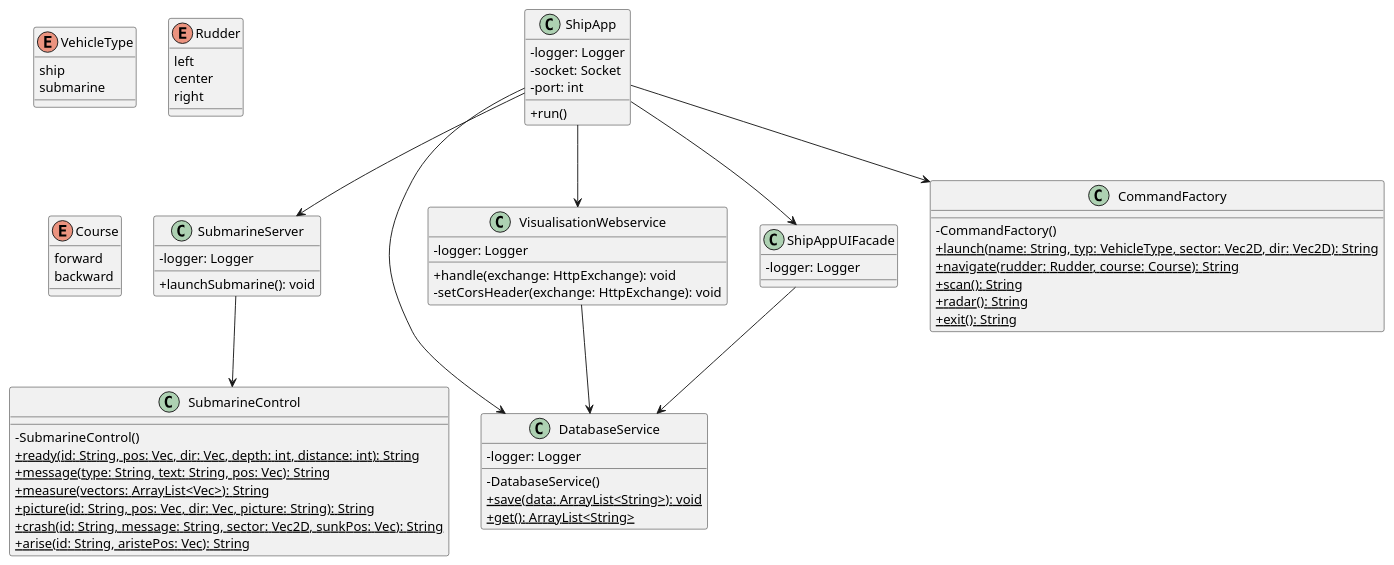
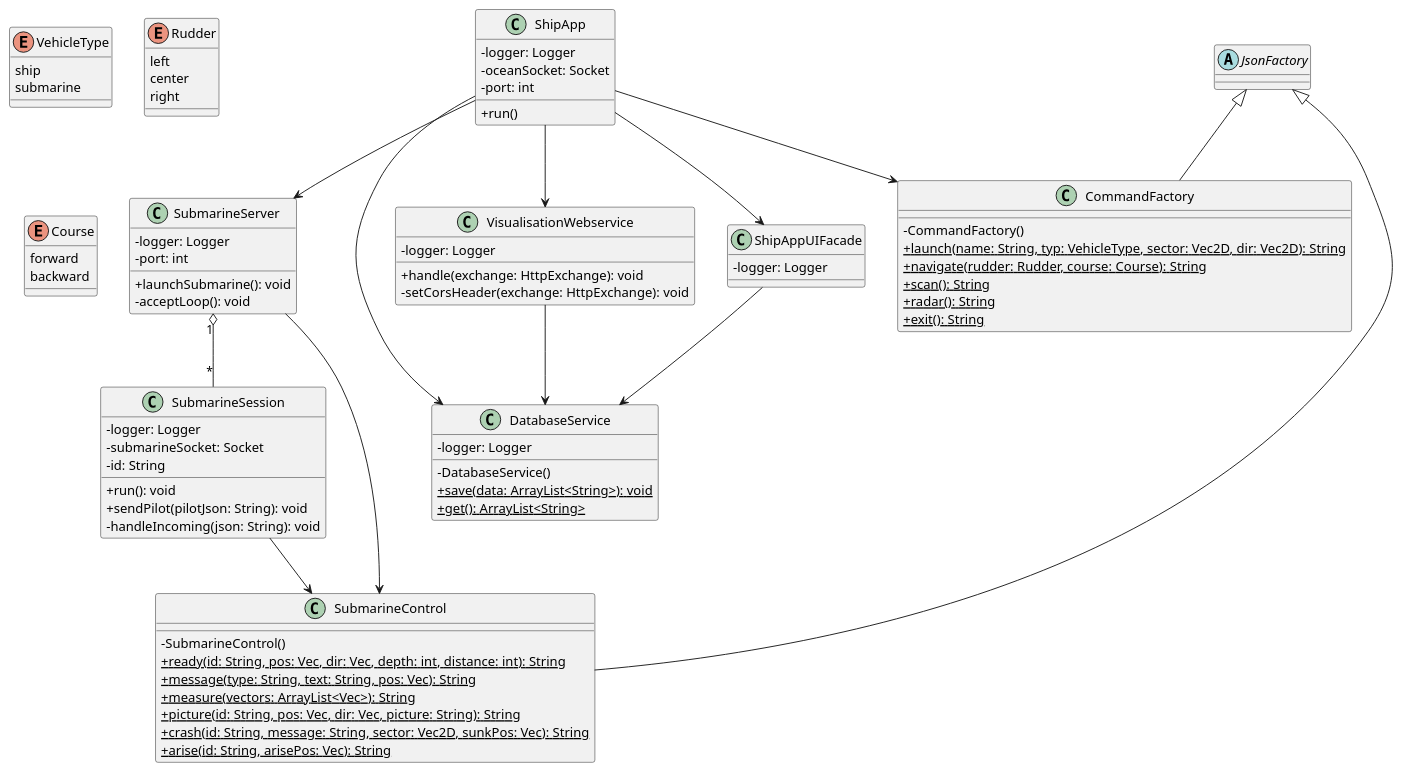
The diagram in docs/uml/shipApp_ClassDiagram.puml (KirioLerny/Schulprojekt-OceanExplorer), drawn with PlantUML before and after one commit.

Commit message:
Anpassung UML-Klassendiagramm

```diff
--- a/docs/uml/shipApp_ClassDiagram.puml
+++ b/docs/uml/shipApp_ClassDiagram.puml
@@ -1,79 +1,101 @@
 @startuml
 skinparam classAttributeIconSize 0
 
+
 class ShipApp {
     - logger: Logger
-    - socket: Socket
+    - oceanSocket: Socket
     - port: int
     + run()
 }
 
 class SubmarineServer {
     - logger: Logger
+    - port: int
     + launchSubmarine(): void
+    - acceptLoop(): void
+}
 
+class SubmarineSession {
+    - logger: Logger
+    - submarineSocket: Socket
+    - id: String
+    + run(): void
+    + sendPilot(pilotJson: String): void
+    - handleIncoming(json: String): void
 }
 
 class DatabaseService {
     - logger: Logger
     - DatabaseService()
     {static} + save(data: ArrayList<String>): void
     {static} + get(): ArrayList<String>
 }
 
 class VisualisationWebservice {
     - logger: Logger
     + handle(exchange: HttpExchange): void
     - setCorsHeader(exchange: HttpExchange): void
 }
 
 class ShipAppUIFacade {
     - logger: Logger
 }
 
 class SubmarineControl {
     - SubmarineControl()
     {static} + ready(id: String, pos: Vec, dir: Vec, depth: int, distance: int): String
     {static} + message(type: String, text: String, pos: Vec): String
     {static} + measure(vectors: ArrayList<Vec>): String
     {static} + picture(id: String, pos: Vec, dir: Vec, picture: String): String
     {static} + crash(id: String, message: String, sector: Vec2D, sunkPos: Vec): String
-    {static} + arise(id: String, aristePos: Vec): String
+    {static} + arise(id: String, arisePos: Vec): String
 }
+
+class CommandFactory {
+    - CommandFactory()
+    {static} + launch(name: String, typ: VehicleType, sector: Vec2D, dir: Vec2D): String
+    {static} + navigate(rudder: Rudder, course: Course): String
+    {static} + scan(): String
+    {static} + radar(): String
+    {static} + exit(): String
+}
+
+
+abstract class JsonFactory
+
 
 enum VehicleType {
     ship
     submarine
 }
 
 enum Rudder {
     left
     center
     right
 }
 
 enum Course {
     forward
     backward
 }
 
-class CommandFactory {
-    - CommandFactory()
-    {static} + launch(name: String, typ: VehicleType, sector: Vec2D, dir: Vec2D): String
-    {static} + navigate(rudder: Rudder, course: Course): String
-    {static} + scan(): String
-    {static} + radar(): String
-    {static} + exit(): String
-}
 
 ShipApp --> CommandFactory
 ShipApp --> SubmarineServer
 ShipApp --> ShipAppUIFacade
 ShipApp --> VisualisationWebservice
 ShipApp --> DatabaseService
 
+JsonFactory <|-- CommandFactory
+JsonFactory <|-- SubmarineControl
+
+SubmarineServer "1" o-- "*" SubmarineSession
 SubmarineServer --> SubmarineControl
+SubmarineSession --> SubmarineControl
+
 ShipAppUIFacade --> DatabaseService
 VisualisationWebservice --> DatabaseService
 
 @enduml
```
